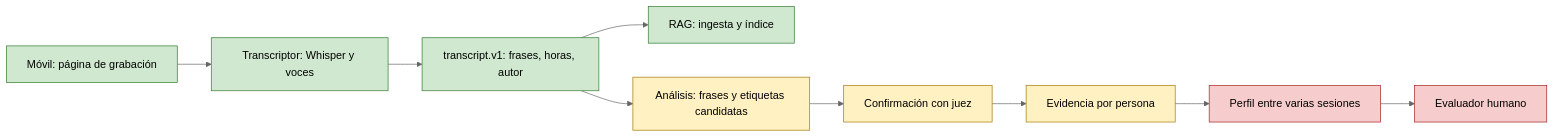
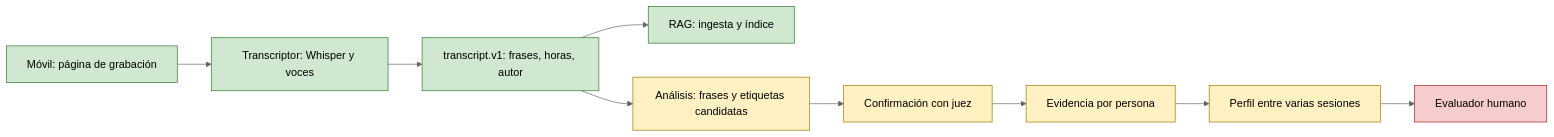
The first of 3 diagrams in docs/ESTADO.md (ALRO-GM/RAG), drawn with Mermaid (neutral theme) before and after one commit. The commit also changed other lines of this file and 34 other files, not shown here.

````diff
--- a/docs/ESTADO.md
+++ b/docs/ESTADO.md
@@ -36,18 +36,18 @@
 ```mermaid
 flowchart LR
     A["Móvil: página de grabación"] --> B["Transcriptor: Whisper y voces"]
     B --> C["transcript.v1: frases, horas, autor"]
     C --> D["RAG: ingesta y índice"]
     C --> E["Análisis: frases y etiquetas candidatas"]
     E --> F["Confirmación con juez"]
     F --> G["Evidencia por persona"]
     G --> H["Perfil entre varias sesiones"]
     H --> I["Evaluador humano"]
     classDef hecho fill:#cfe8cf,stroke:#2f7a2f,color:#000
     classDef parcial fill:#fff1c2,stroke:#a07800,color:#000
     classDef falta fill:#f6cccc,stroke:#a02020,color:#000
     class A,B,C,D hecho
     class E parcial
-    class F,G parcial
-    class H,I falta
+    class F,G,H parcial
+    class I falta
 ```
````
